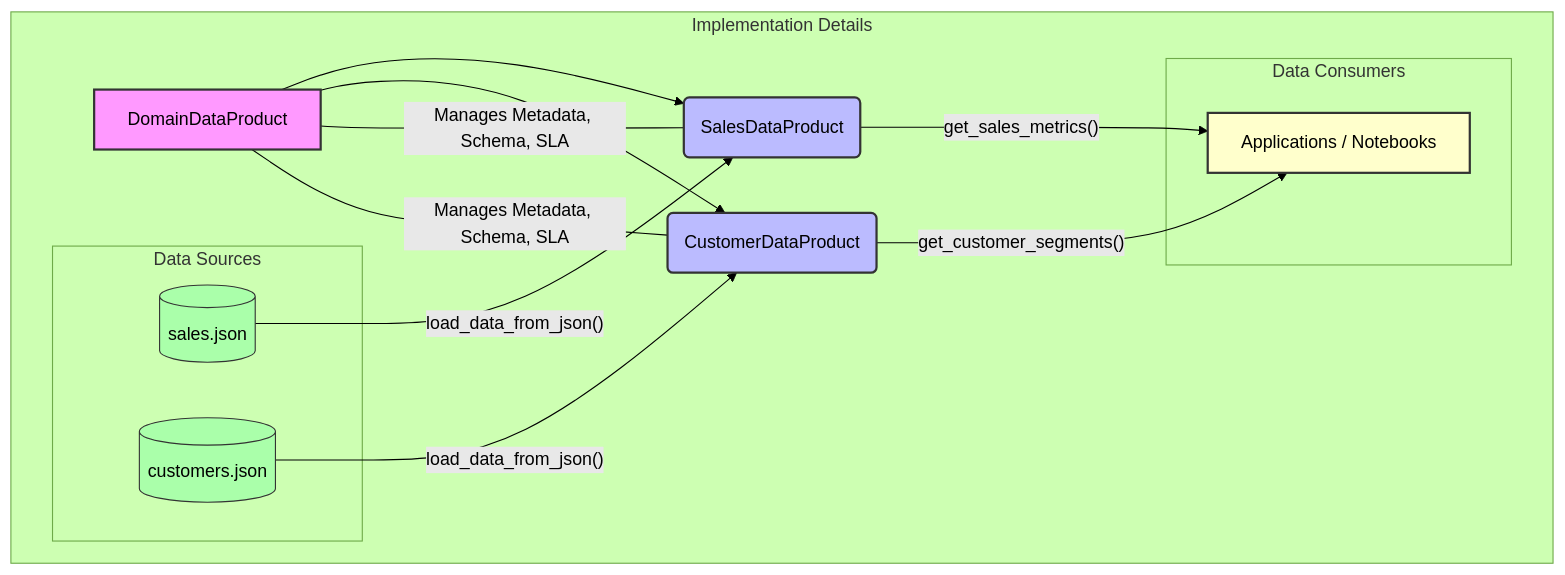
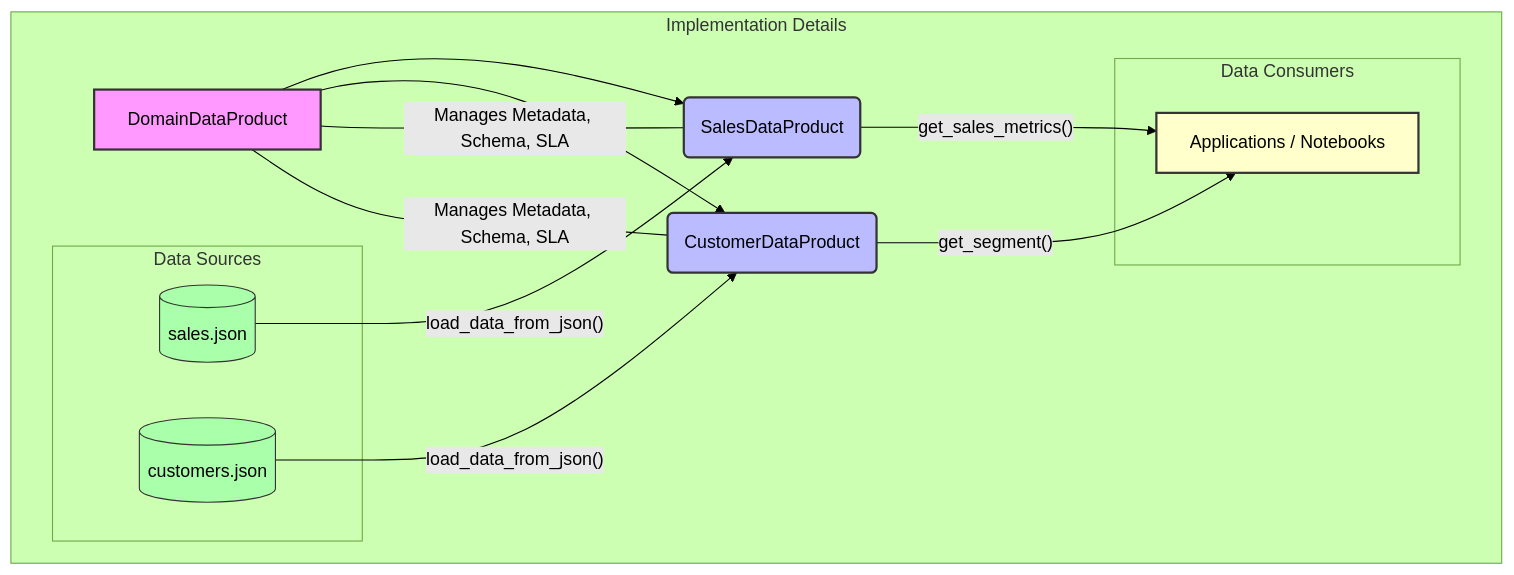
Before and after one commit to galafis/data-mesh-implementation-framework: the diagram in diagrams/data_product_interaction.mmd, drawn with Mermaid (forest theme). The commit also changed 8 other files, not shown here.

```diff
--- a/diagrams/data_product_interaction.mmd
+++ b/diagrams/data_product_interaction.mmd
@@ -1,30 +1,30 @@
 graph TD
     subgraph "Implementation Details"
         A[DomainDataProduct] --> B(SalesDataProduct)
         A --> C(CustomerDataProduct)
         
         subgraph "Data Sources"
             D[("sales.json")]
             E[("customers.json")]
         end
 
         subgraph "Data Consumers"
             F[Applications / Notebooks]
         end
 
         D -- "load_data_from_json()" --> B
         E -- "load_data_from_json()" --> C
 
         B -- "get_sales_metrics()" --> F
-        C -- "get_customer_segments()" --> F
+        C -- "get_segment()" --> F
 
         A -- "Manages Metadata, Schema, SLA" --- B
         A -- "Manages Metadata, Schema, SLA" --- C
     end
 
     style A fill:#f9f,stroke:#333,stroke-width:2px
     style B fill:#bbf,stroke:#333,stroke-width:2px
     style C fill:#bbf,stroke:#333,stroke-width:2px
     style D fill:#afa,stroke:#333,stroke-width:1px
     style E fill:#afa,stroke:#333,stroke-width:1px
     style F fill:#ffc,stroke:#333,stroke-width:2px
```
